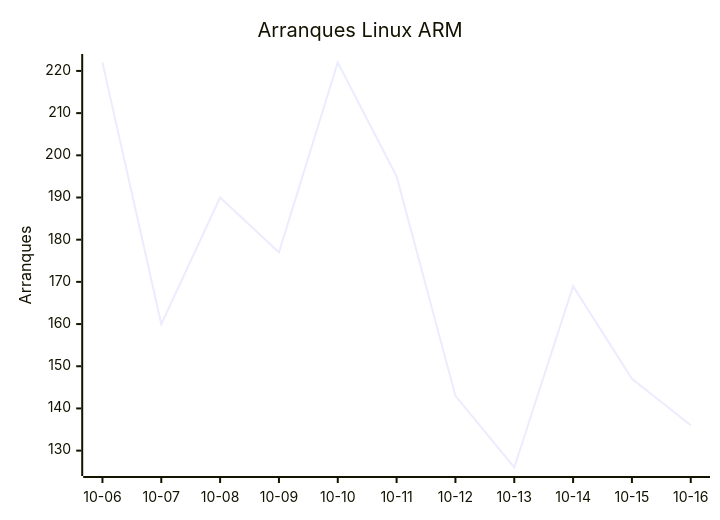
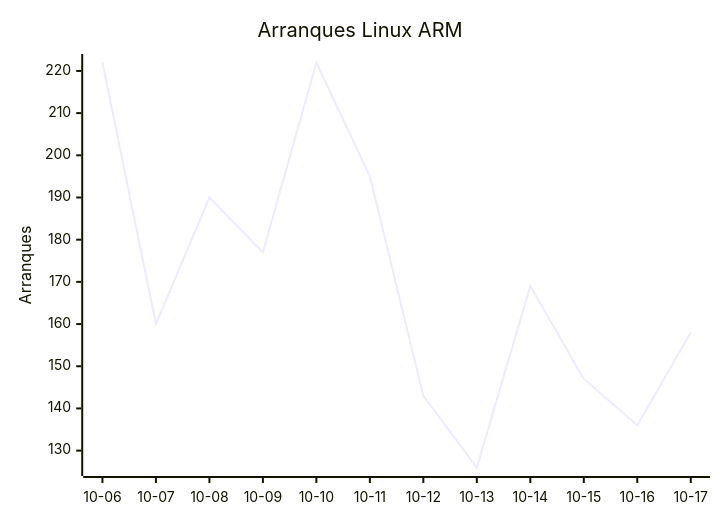
One commit to EmuDeck/stats changed the second of 8 diagrams in README.md. Above: the diagram before and after it, drawn with Mermaid. The commit also changed other lines of this file and 2 other files, not shown here.

````diff
--- a/README.md
+++ b/README.md
@@ -26,7 +26,7 @@
 ```mermaid
 xychart-beta
     title "Arranques Linux ARM"
-    x-axis ["10-06", "10-07", "10-08", "10-09", "10-10", "10-11", "10-12", "10-13", "10-14", "10-15", "10-16"]
+    x-axis ["10-06", "10-07", "10-08", "10-09", "10-10", "10-11", "10-12", "10-13", "10-14", "10-15", "10-16", "10-17"]
     y-axis "Arranques"
-    line [222, 160, 190, 177, 222, 195, 143, 126, 169, 147, 136]
+    line [222, 160, 190, 177, 222, 195, 143, 126, 169, 147, 136, 158]
 ```
````
